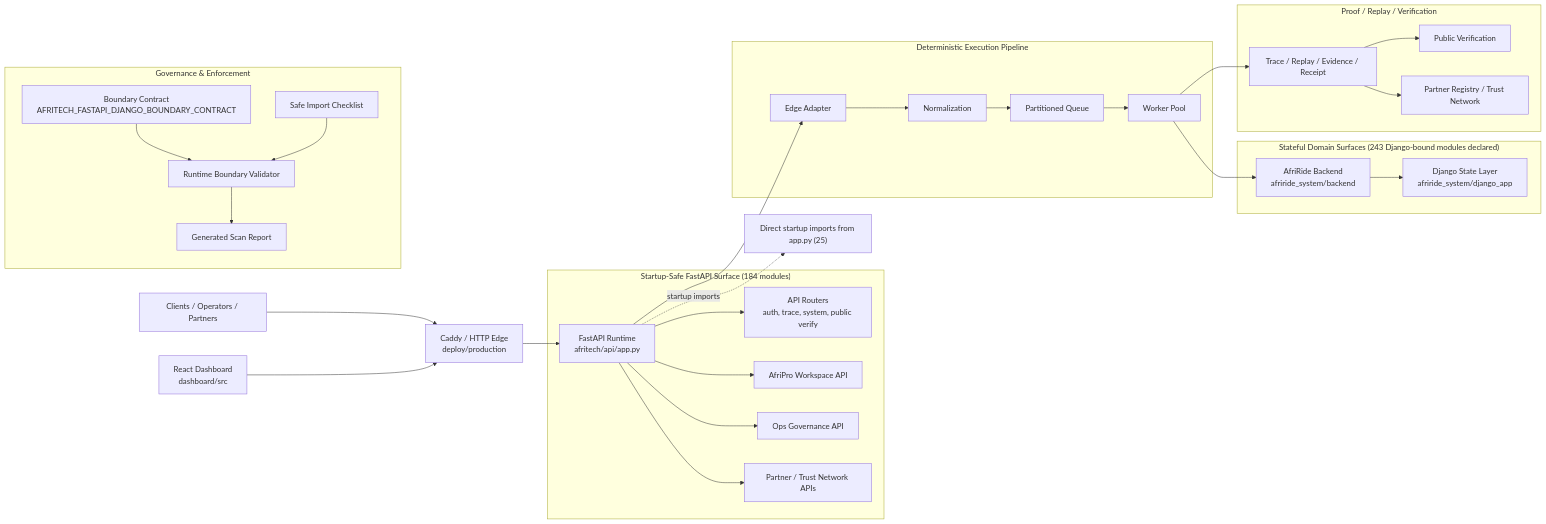
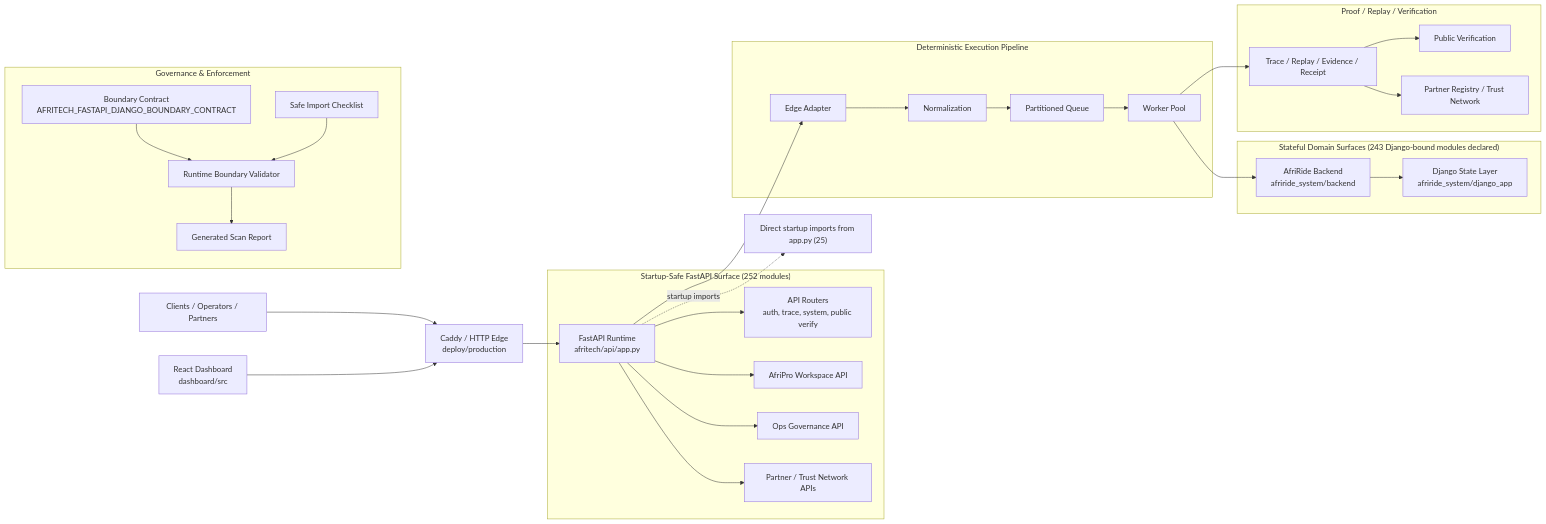
Before and after one commit to Strelly2023/afritelematics: the first of 2 diagrams in docs/architecture/AFRITECH_FULL_ARCHITECTURE_GRAPH.md, drawn with Mermaid. The commit also changed other lines of this file and 219 other files, not shown here.

````diff
--- a/docs/architecture/AFRITECH_FULL_ARCHITECTURE_GRAPH.md
+++ b/docs/architecture/AFRITECH_FULL_ARCHITECTURE_GRAPH.md
@@ -22,39 +22,39 @@
 ```mermaid
 flowchart LR
     Client["Clients / Operators / Partners"] --> Edge["Caddy / HTTP Edge\ndeploy/production"]
     Dashboard["React Dashboard\ndashboard/src"] --> Edge
     Edge --> App["FastAPI Runtime\nafritech/api/app.py"]
 
-    subgraph FastAPI["Startup-Safe FastAPI Surface (184 modules)"]
+    subgraph FastAPI["Startup-Safe FastAPI Surface (252 modules)"]
         App --> Api["API Routers\nauth, trace, system, public verify"]
         App --> Workspace["AfriPro Workspace API"]
         App --> Governance["Ops Governance API"]
         App --> Trust["Partner / Trust Network APIs"]
     end
 
     subgraph Pipeline["Deterministic Execution Pipeline"]
         App --> Adapt["Edge Adapter"]
         Adapt --> Normalize["Normalization"]
         Normalize --> Queue["Partitioned Queue"]
         Queue --> Worker["Worker Pool"]
     end
 
     subgraph State["Stateful Domain Surfaces (243 Django-bound modules declared)"]
         Worker --> Domain["AfriRide Backend\nafriride_system/backend"]
         Domain --> Django["Django State Layer\nafriride_system/django_app"]
     end
 
     subgraph Proof["Proof / Replay / Verification"]
         Worker --> Trace["Trace / Replay / Evidence / Receipt"]
         Trace --> Public["Public Verification"]
         Trace --> Registry["Partner Registry / Trust Network"]
     end
 
     subgraph GovernancePlane["Governance & Enforcement"]
         Contract["Boundary Contract\nAFRITECH_FASTAPI_DJANGO_BOUNDARY_CONTRACT"] --> Validator["Runtime Boundary Validator"]
         Checklist["Safe Import Checklist"] --> Validator
         Validator --> Review["Generated Scan Report"]
     end
 
     App -. startup imports .-> Imports["Direct startup imports from app.py (25)"]
 ```
````
